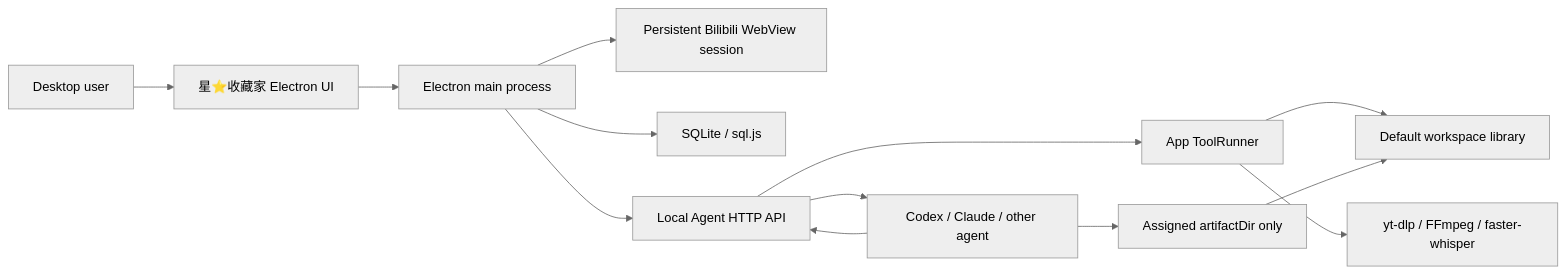
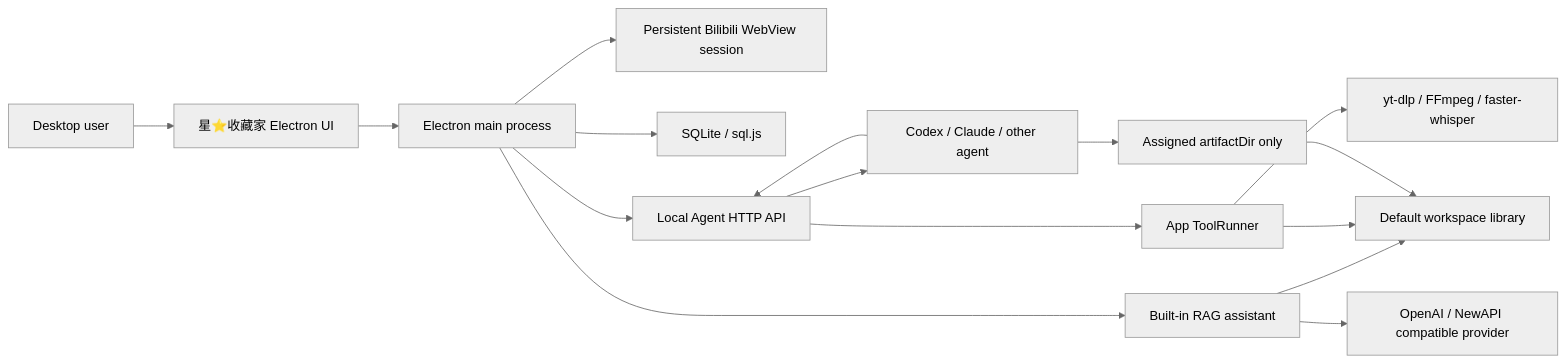
One commit to Fenglin-Maple/star-owner changed the diagram in DESIGN.md. Above: the diagram before and after it, drawn with Mermaid (neutral theme). The commit also changed other lines of this file and 19 other files, not shown here.

Commit message:
feat: add built-in RAG assistant

````diff
--- a/DESIGN.md
+++ b/DESIGN.md
@@ -25,15 +25,18 @@
 ```mermaid
 flowchart LR
   User["Desktop user"] --> UI["星⭐收藏家 Electron UI"]
   UI --> Main["Electron main process"]
   Main --> Bili["Persistent Bilibili WebView session"]
   Main --> DB["SQLite / sql.js"]
   Main --> API["Local Agent HTTP API"]
+  Main --> RAG["Built-in RAG assistant"]
+  RAG --> Provider["OpenAI / NewAPI compatible provider"]
+  RAG --> Library
   API --> Agent["Codex / Claude / other agent"]
   Agent --> API
   API --> Runner["App ToolRunner"]
   Runner --> Tools["yt-dlp / FFmpeg / faster-whisper"]
   Runner --> Library["Default workspace library"]
   Agent --> Assigned["Assigned artifactDir only"]
   Assigned --> Library
 ```
````
